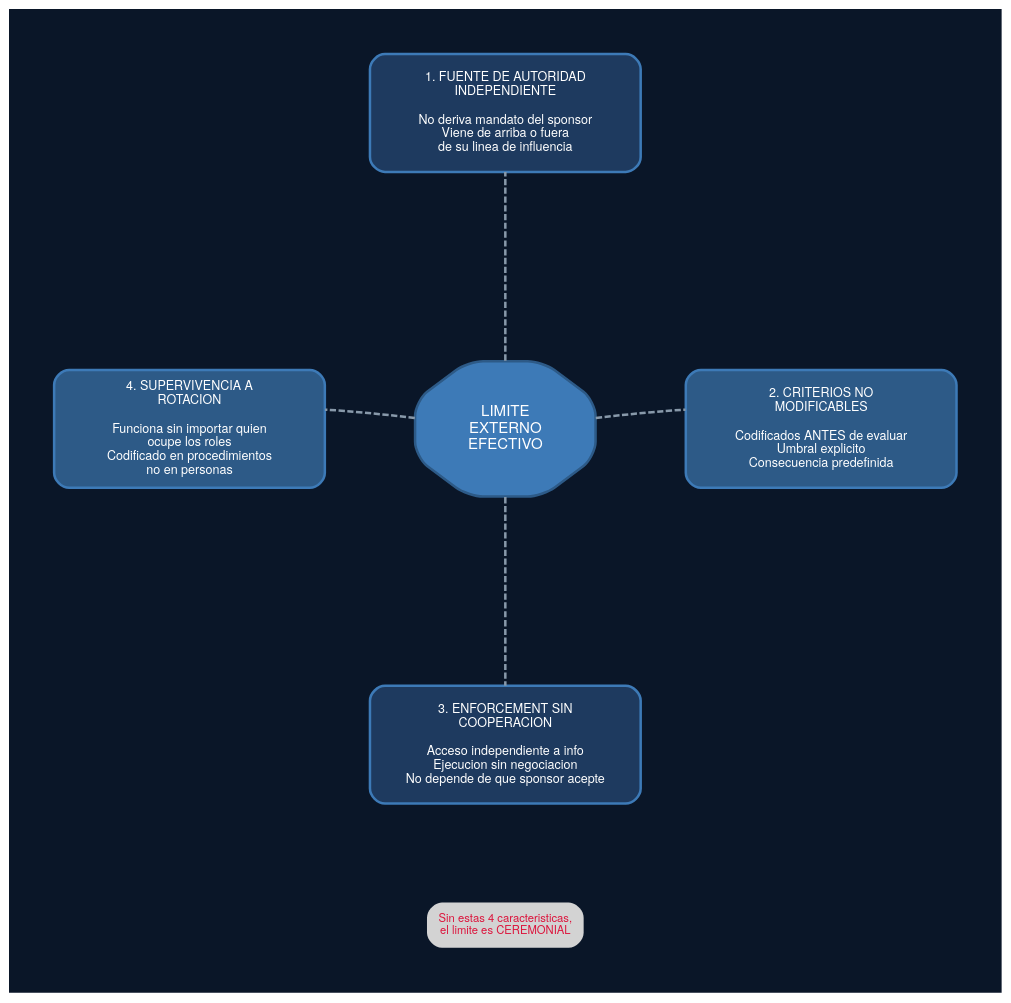
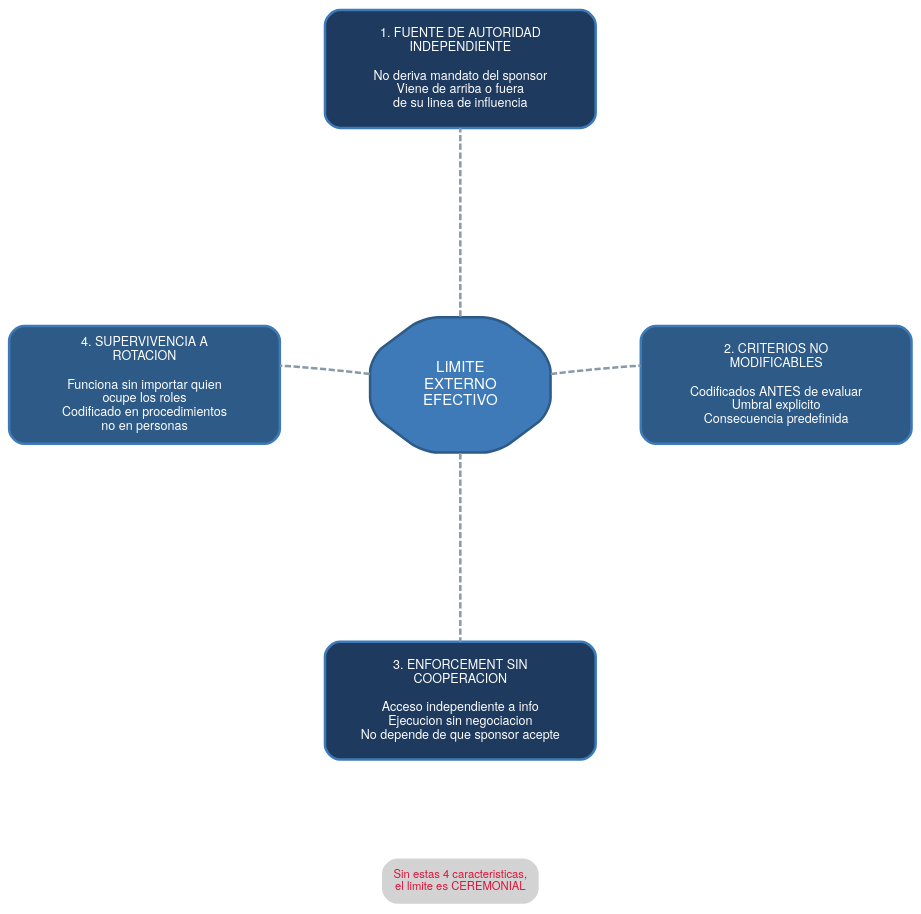
The diagram in assets/diagrams/B4-requisitos-limite.dot (gonzalezulises/mas-control-mas-caos), drawn with Graphviz before and after one commit. The commit also changed 23 other files, not shown here.

First line of the commit message:
Update all diagrams: transparent backgrounds + cover palette

```diff
--- a/assets/diagrams/B4-requisitos-limite.dot
+++ b/assets/diagrams/B4-requisitos-limite.dot
@@ -1,61 +1,61 @@
 digraph RequisitosLimite {
     // Layout
     layout=neato;
-    bgcolor="#0a1628";
+    bgcolor="transparent";
     pad=0.5;
     splines=curved;
 
     // Estilo global - paleta portada
     node [
         shape=box,
         style="rounded,filled",
         fontname="Helvetica Neue",
         fontsize=10,
         fontcolor="#ffffff",
         penwidth=2
     ];
 
     edge [
         penwidth=2,
         color="#8899aa",
         style=dashed,
         arrowhead=none
     ];
 
     // Centro
     centro [label="LIMITE\nEXTERNO\nEFECTIVO",
             shape=octagon,
             fillcolor="#3d7ab7",
             color="#2d5a87",
             fontcolor="white",
             fontsize=12,
             width=2,
             height=1.5,
             pos="0,0!"];
 
     // 4 Requisitos en cruz
     r1 [label="1. FUENTE DE AUTORIDAD\nINDEPENDIENTE\n\nNo deriva mandato del sponsor\nViene de arriba o fuera\nde su linea de influencia",
         fillcolor="#1e3a5f", color="#3d7ab7", width=3, height=1.3, pos="0,3.5!"];
 
     r2 [label="2. CRITERIOS NO\nMODIFICABLES\n\nCodificados ANTES de evaluar\nUmbral explicito\nConsecuencia predefinida",
         fillcolor="#2d5a87", color="#3d7ab7", width=3, height=1.3, pos="3.5,0!"];
 
     r3 [label="3. ENFORCEMENT SIN\nCOOPERACION\n\nAcceso independiente a info\nEjecucion sin negociacion\nNo depende de que sponsor acepte",
         fillcolor="#1e3a5f", color="#3d7ab7", width=3, height=1.3, pos="0,-3.5!"];
 
     r4 [label="4. SUPERVIVENCIA A\nROTACION\n\nFunciona sin importar quien\nocupe los roles\nCodificado en procedimientos\nno en personas",
         fillcolor="#2d5a87", color="#3d7ab7", width=3, height=1.3, pos="-3.5,0!"];
 
     // Conexiones
     centro -> r1;
     centro -> r2;
     centro -> r3;
     centro -> r4;
 
     // Nota
     nota [label="Sin estas 4 caracteristicas,\nel limite es CEREMONIAL",
           shape=plaintext,
           fontsize=9,
           fontcolor="#dc143c",
           pos="0,-5.5!"];
 }
```
